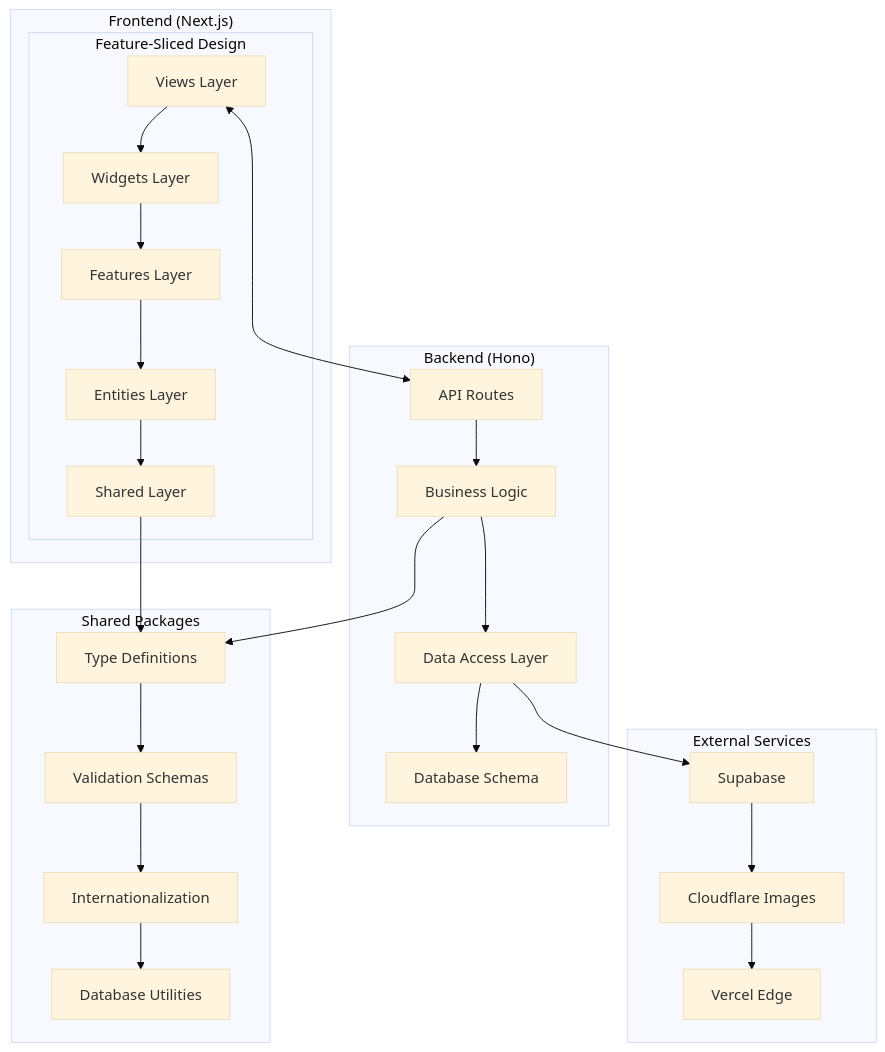
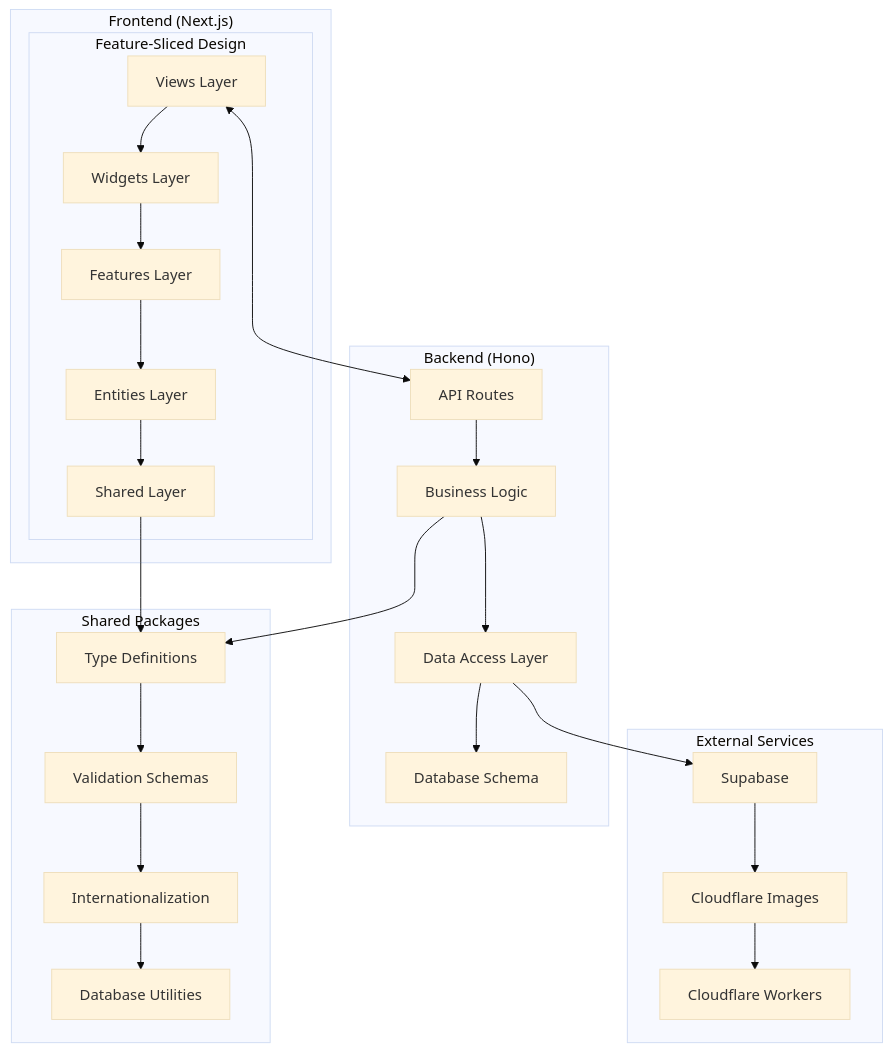
One commit to saneatsu/saneatsu.me changed the first of 3 diagrams in apps/docs/docs/architecture/overview.md. Above: the diagram before and after it, drawn with Mermaid (base theme). The commit also changed other lines of this file and 3 other files, not shown here.

First line of the commit message:
docs(deployment): Replace Vercel references with Cloudflare Workers

````diff
--- a/apps/docs/docs/architecture/overview.md
+++ b/apps/docs/docs/architecture/overview.md
@@ -28,33 +28,33 @@
 ```mermaid
 graph TB
     subgraph "Frontend (Next.js)"
         subgraph "Feature-Sliced Design"
             A1[Views Layer] --> A2[Widgets Layer]
             A2 --> A3[Features Layer]
             A3 --> A4[Entities Layer]
             A4 --> A5[Shared Layer]
         end
     end
     
     subgraph "Backend (Hono)"
         B1[API Routes] --> B2[Business Logic]
         B2 --> B3[Data Access Layer]
         B3 --> B4[Database Schema]
     end
     
     subgraph "Shared Packages"
         C1[Type Definitions] --> C2[Validation Schemas]
         C2 --> C3[Internationalization]
         C3 --> C4[Database Utilities]
     end
     
     subgraph "External Services"
         D1[Supabase] --> D2[Cloudflare Images]
-        D2 --> D3[Vercel Edge]
+        D2 --> D3[Cloudflare Workers]
     end
     
     A1 <--> B1
     B3 --> D1
     A5 --> C1
     B2 --> C1
 ```
````
